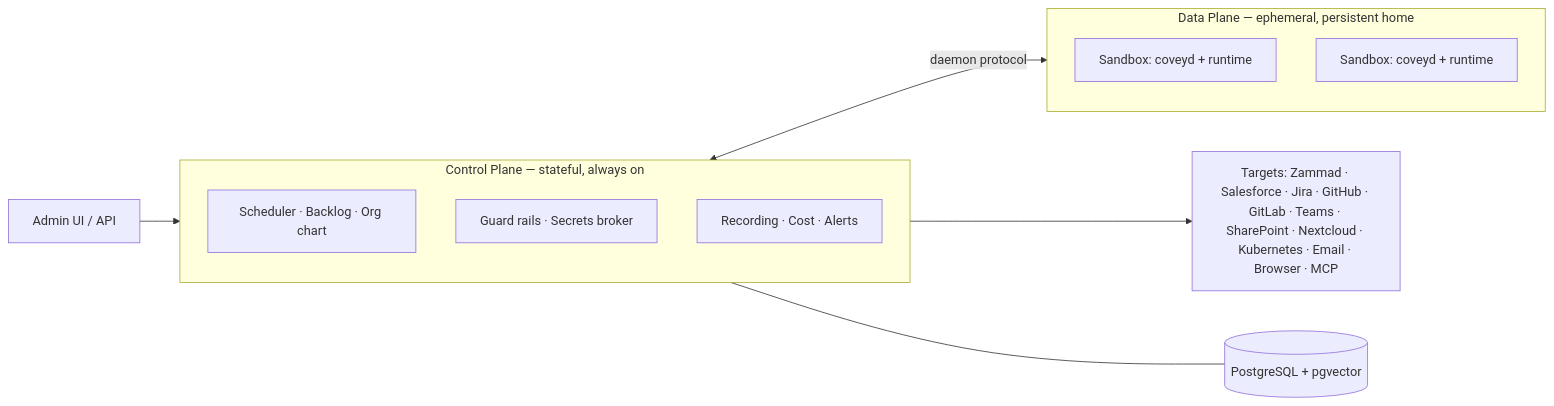
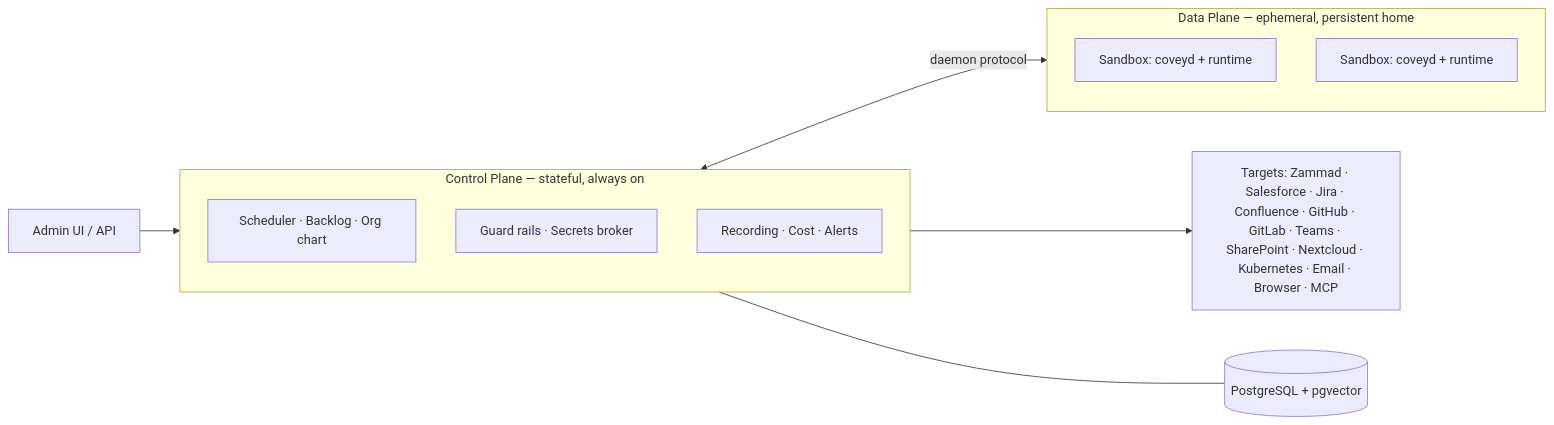
The diagram in README.md (benjaminLedel/covey), drawn with Mermaid before and after one commit. The commit also changed other lines of this file and 12 other files, not shown here.

````diff
--- a/README.md
+++ b/README.md
@@ -110,21 +110,21 @@
 ```mermaid
 flowchart LR
     UI["Admin UI / API"] --> CP
 
     subgraph CP["Control Plane — stateful, always on"]
         direction TB
         SCHED["Scheduler · Backlog · Org chart"]
         GUARD["Guard rails · Secrets broker"]
         OBS["Recording · Cost · Alerts"]
     end
 
     subgraph DP["Data Plane — ephemeral, persistent home"]
         direction TB
         S1["Sandbox: coveyd + runtime"]
         S2["Sandbox: coveyd + runtime"]
     end
 
     CP <-->|daemon protocol| DP
-    CP --> TS["Targets: Zammad · Salesforce · Jira · GitHub · GitLab · Teams · SharePoint · Nextcloud · Kubernetes · Email · Browser · MCP"]
+    CP --> TS["Targets: Zammad · Salesforce · Jira · Confluence · GitHub · GitLab · Teams · SharePoint · Nextcloud · Kubernetes · Email · Browser · MCP"]
     CP --- DB[("PostgreSQL + pgvector")]
 ```
````
